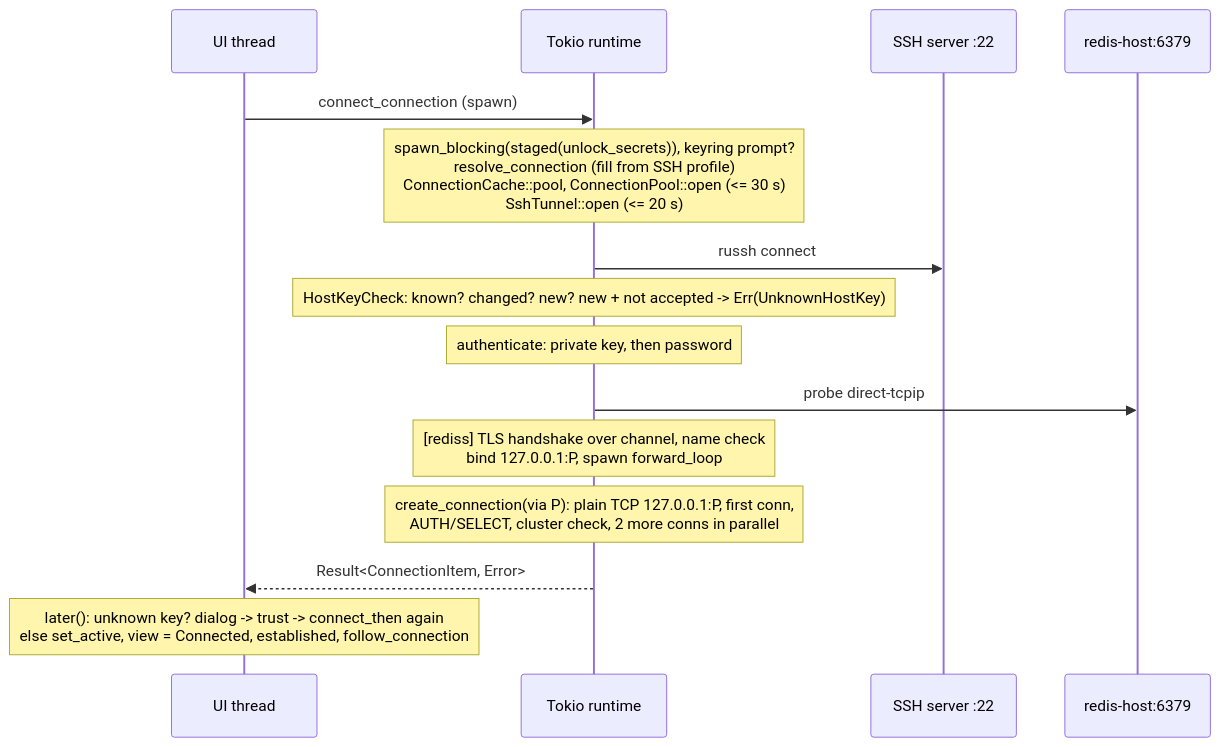
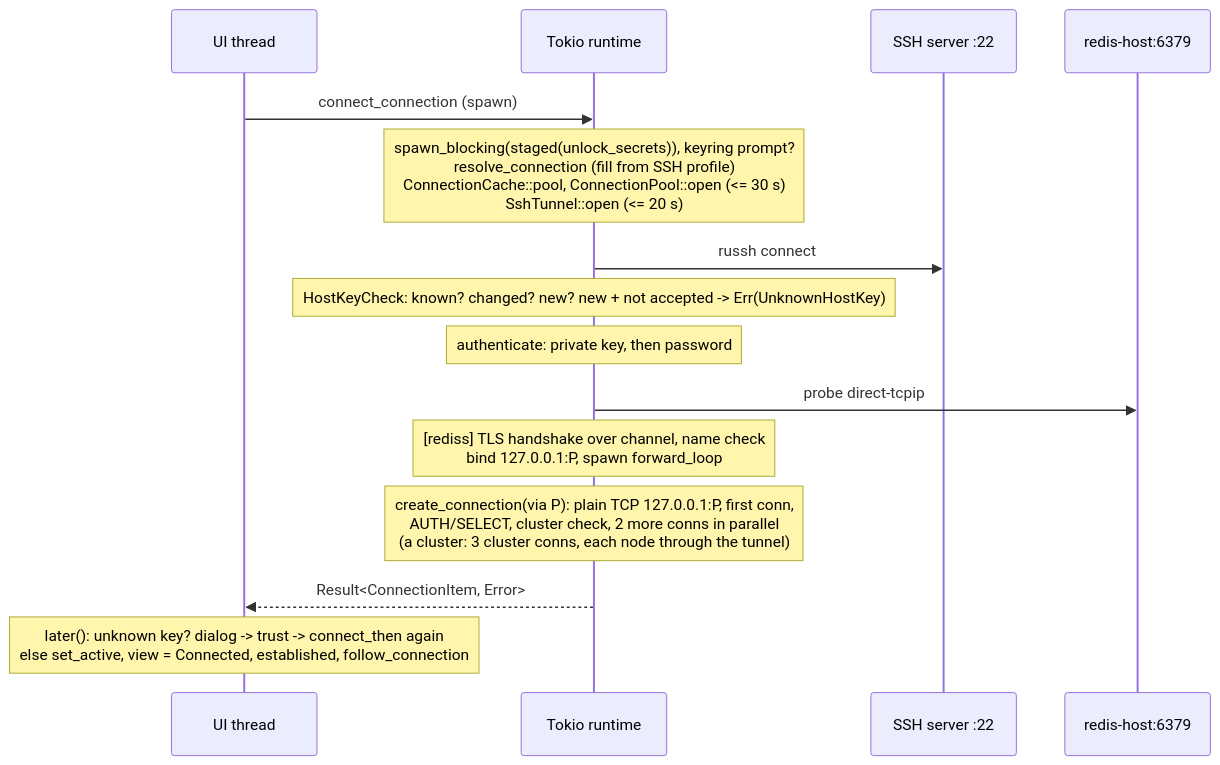
One commit to iRed4321/Cachemire changed the second of 2 diagrams in crates/cachemire/wiki/connections.md. Above: the diagram before and after it, drawn with Mermaid. The commit also changed 29 other files, not shown here.

````diff
--- a/crates/cachemire/wiki/connections.md
+++ b/crates/cachemire/wiki/connections.md
@@ -152,17 +152,17 @@
 ```mermaid
 sequenceDiagram
     participant U as UI thread
     participant T as Tokio runtime
     participant S as SSH server :22
     participant R as redis-host:6379
     U->>T: connect_connection (spawn)
     Note over T: spawn_blocking(staged(unlock_secrets)), keyring prompt?<br/>resolve_connection (fill from SSH profile)<br/>ConnectionCache::pool, ConnectionPool::open (<= 30 s)<br/>SshTunnel::open (<= 20 s)
     T->>S: russh connect
     Note over T: HostKeyCheck: known? changed? new? new + not accepted -> Err(UnknownHostKey)
     Note over T: authenticate: private key, then password
     T->>R: probe direct-tcpip
     Note over T: [rediss] TLS handshake over channel, name check<br/>bind 127.0.0.1:P, spawn forward_loop
-    Note over T: create_connection(via P): plain TCP 127.0.0.1:P, first conn,<br/>AUTH/SELECT, cluster check, 2 more conns in parallel
+    Note over T: create_connection(via P): plain TCP 127.0.0.1:P, first conn,<br/>AUTH/SELECT, cluster check, 2 more conns in parallel<br/>(a cluster: 3 cluster conns, each node through the tunnel)
     T-->>U: Result<ConnectionItem, Error>
     Note over U: later(): unknown key? dialog -> trust -> connect_then again<br/>else set_active, view = Connected, established, follow_connection
 ```
````
